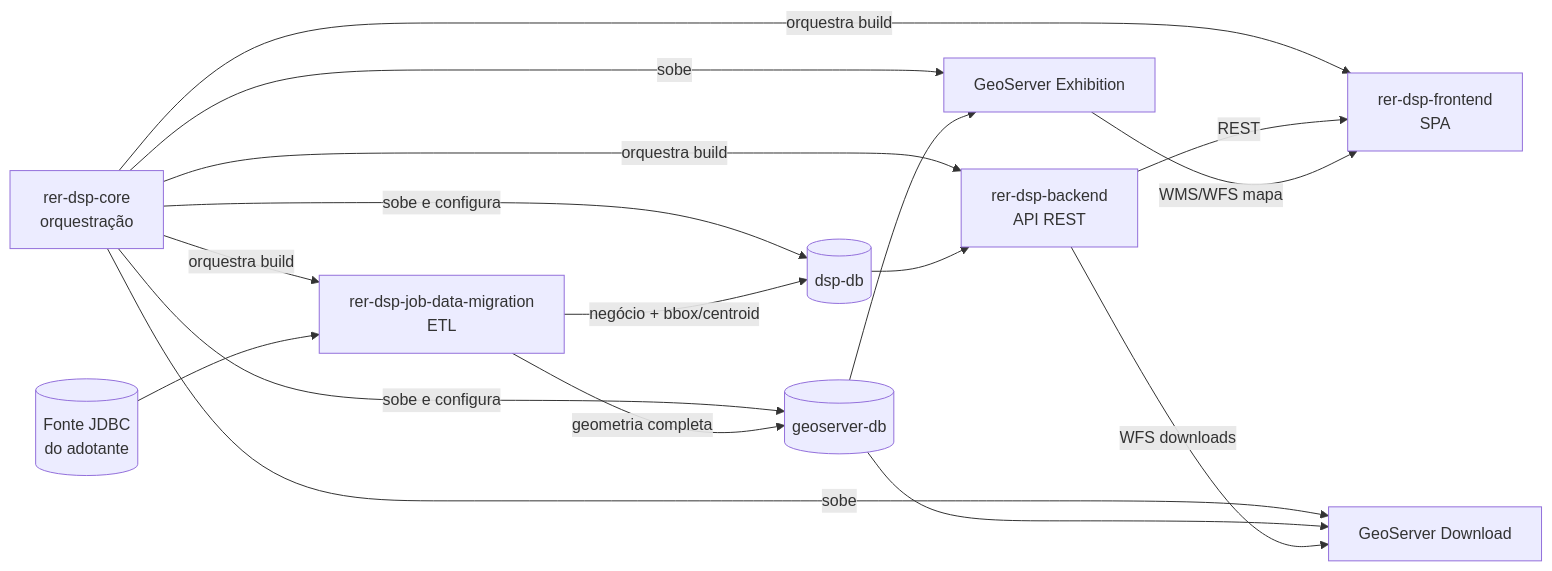
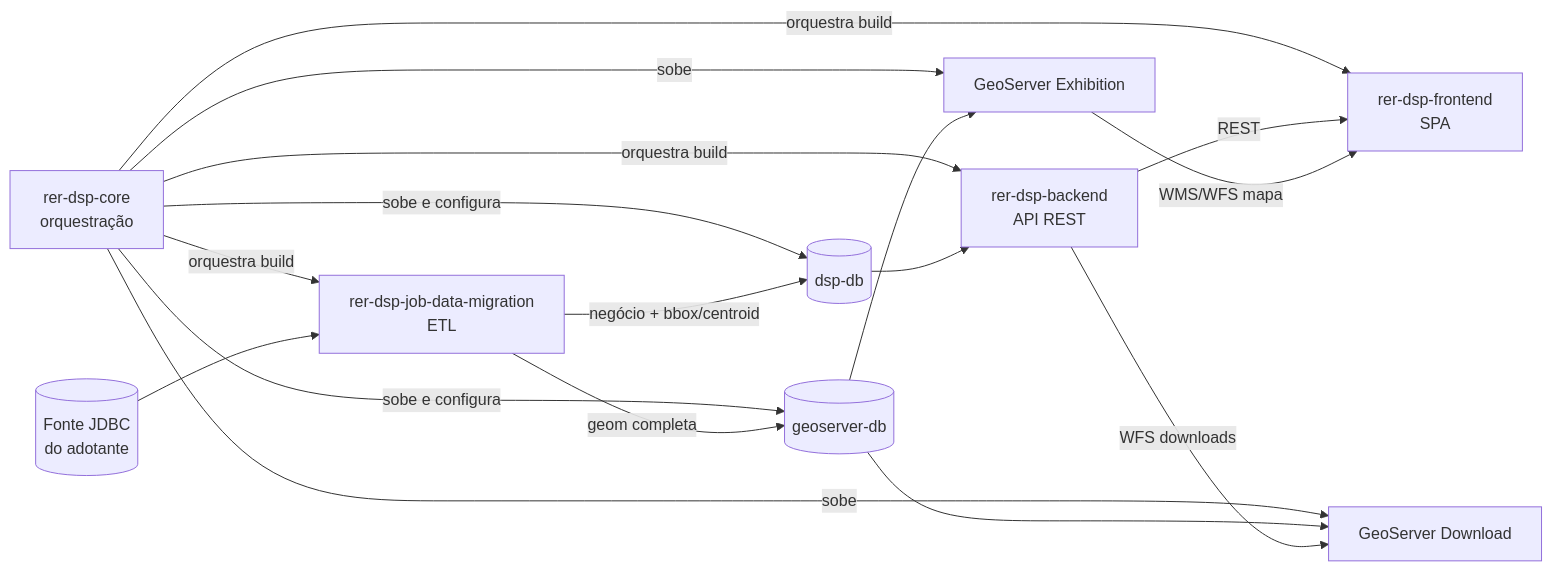
One commit to kleber-albino/rer-dsp-docs changed the diagram in docs/modulos.md. Above: the diagram before and after it, drawn with Mermaid. The commit also changed other lines of this file and 14 other files, not shown here.

````diff
--- a/docs/modulos.md
+++ b/docs/modulos.md
@@ -17,30 +17,30 @@
 ```mermaid
 flowchart LR
   core["rer-dsp-core<br/>orquestração"]
   job["rer-dsp-job-data-migration<br/>ETL"]
   be["rer-dsp-backend<br/>API REST"]
   fe["rer-dsp-frontend<br/>SPA"]
   src[(Fonte JDBC<br/>do adotante)]
   dspdb[(dsp-db)]
   exdb[(geoserver-db)]
   gsEx[GeoServer Exhibition]
   gsDl[GeoServer Download]
 
   core -->|sobe e configura| dspdb
   core -->|sobe e configura| exdb
   core -->|sobe| gsEx
   core -->|sobe| gsDl
   core -->|orquestra build| job
   core -->|orquestra build| be
   core -->|orquestra build| fe
 
   src --> job
   job -->|negócio + bbox/centroid| dspdb
-  job -->|geometria completa| exdb
+  job -->|geom completa| exdb
   exdb --> gsEx
   exdb --> gsDl
   dspdb --> be
   be -->|REST| fe
   be -->|WFS downloads| gsDl
   gsEx -->|WMS/WFS mapa| fe
 ```
````
